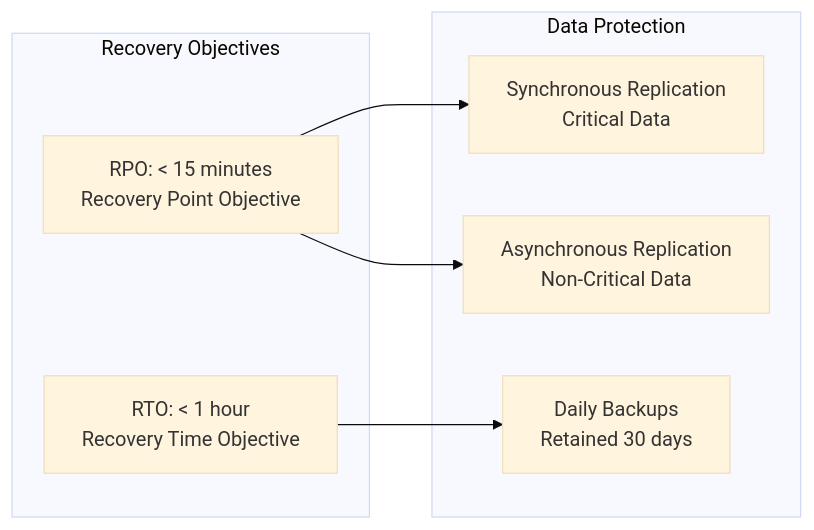
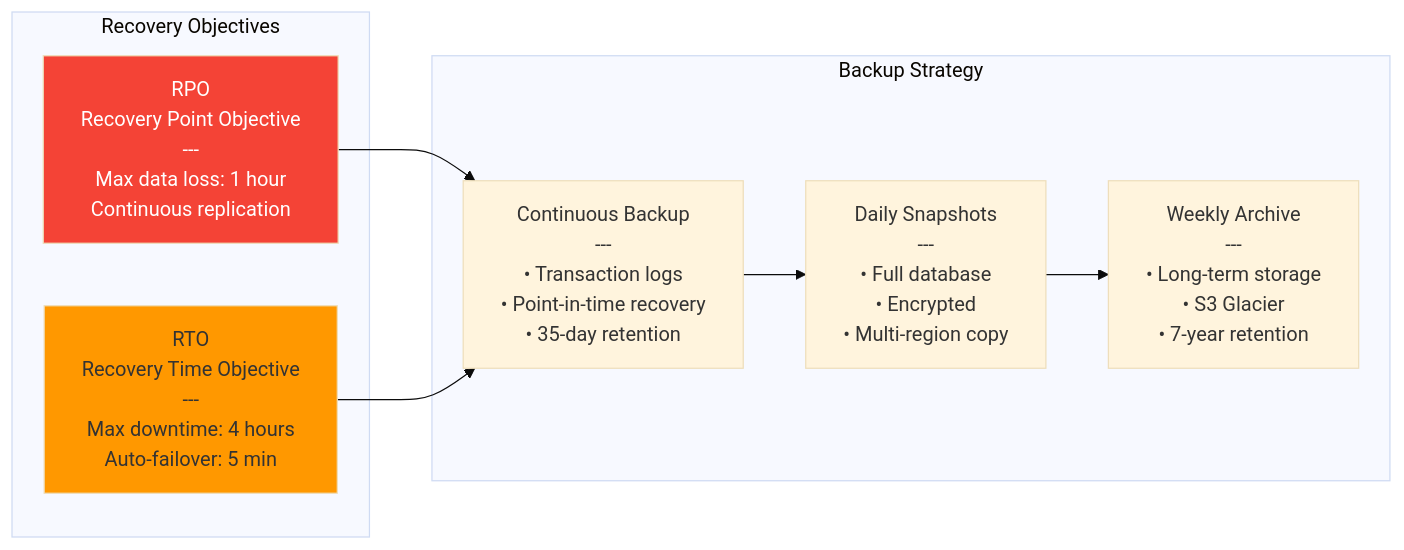
The fifth of 18 diagrams in 10-Van-hanh-va-NFR.md (huuhoait/openbanking-vn-specs), drawn with Mermaid (base theme) before and after one commit. The commit also changed other lines of this file and 14 other files, not shown here.

````diff
--- a/10-Van-hanh-va-NFR.md
+++ b/10-Van-hanh-va-NFR.md
@@ -162,17 +171,24 @@
 ```mermaid
 graph LR
     subgraph "Recovery Objectives"
-        RPO[RPO: < 15 minutes<br/>Recovery Point Objective]
-        RTO[RTO: < 1 hour<br/>Recovery Time Objective]
+        RPO[RPO<br/>Recovery Point Objective<br/>---<br/>Max data loss: 1 hour<br/>Continuous replication]
+        
+        RTO[RTO<br/>Recovery Time Objective<br/>---<br/>Max downtime: 4 hours<br/>Auto-failover: 5 min]
     end
     
-    subgraph "Data Protection"
-        Sync[Synchronous Replication<br/>Critical Data]
-        Async[Asynchronous Replication<br/>Non-Critical Data]
-        Backup[Daily Backups<br/>Retained 30 days]
+    subgraph "Backup Strategy"
+        Continuous[Continuous Backup<br/>---<br/>• Transaction logs<br/>• Point-in-time recovery<br/>• 35-day retention]
+        
+        Daily[Daily Snapshots<br/>---<br/>• Full database<br/>• Encrypted<br/>• Multi-region copy]
+        
+        Weekly[Weekly Archive<br/>---<br/>• Long-term storage<br/>• S3 Glacier<br/>• 7-year retention]
     end
     
-    RPO --> Sync
-    RPO --> Async
-    RTO --> Backup
+    RPO --> Continuous
+    RTO --> Continuous
+    Continuous --> Daily
+    Daily --> Weekly
+    
+    style RPO fill:#f44336,color:#fff
+    style RTO fill:#ff9800
 ```
````
